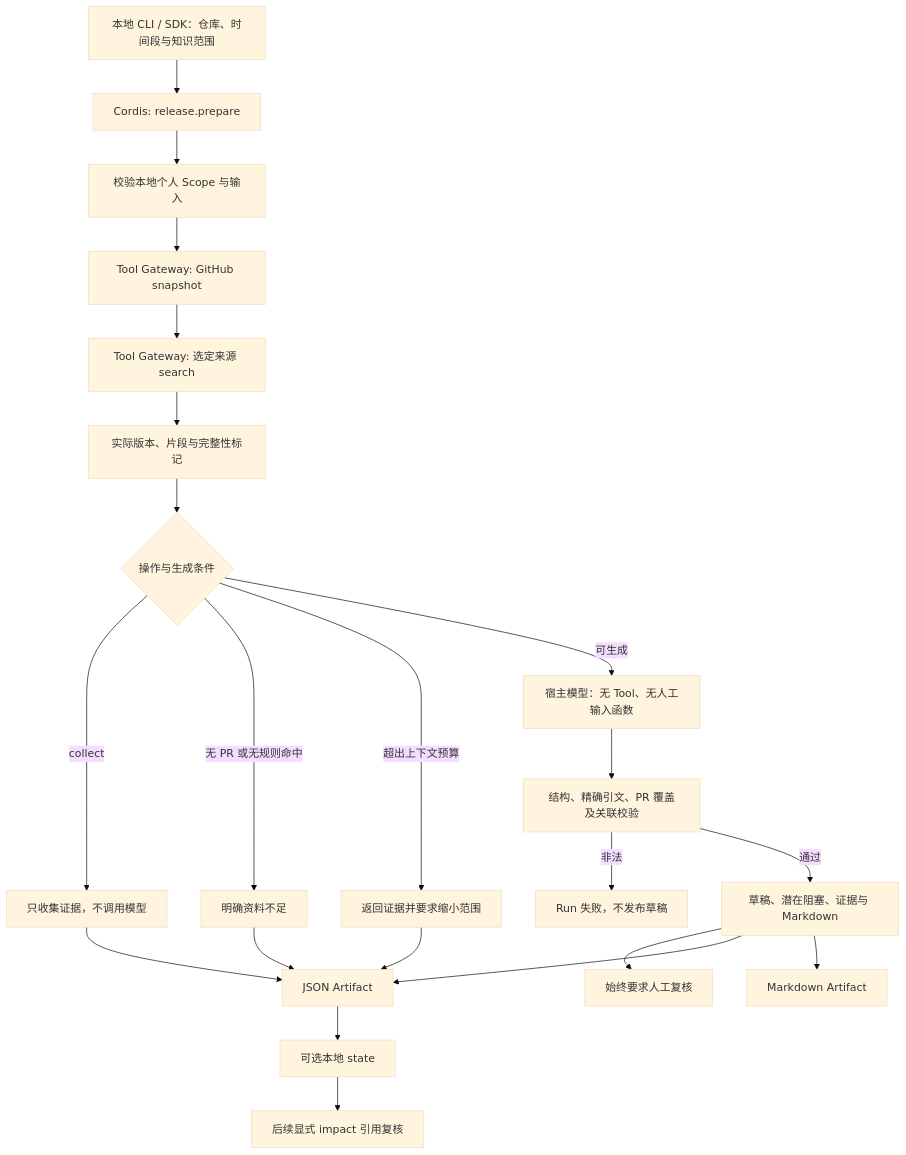
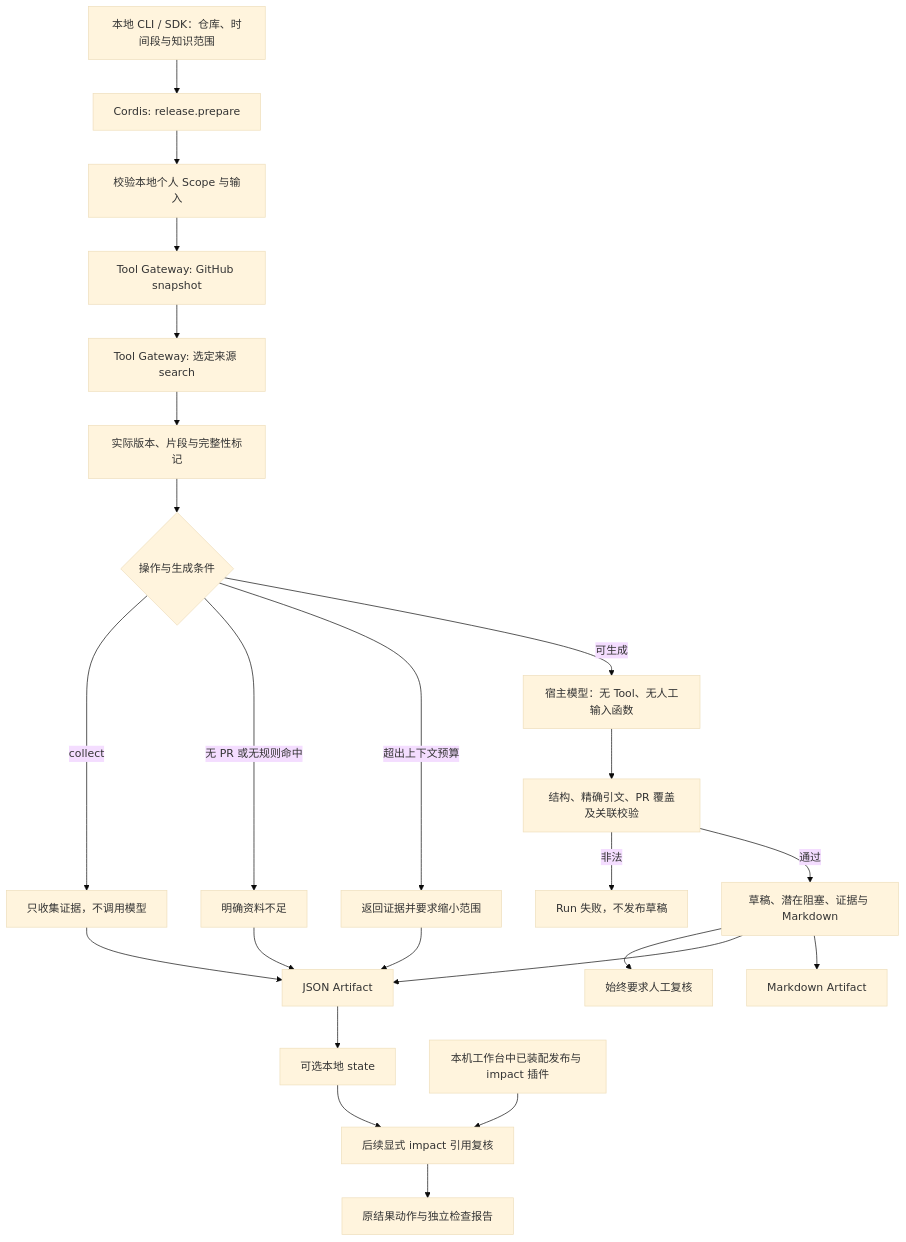
Before and after one commit to KlayPeter/AI-Delivery-Ops-Agent: the diagram in backend/src/domains/release/FEATURE.md, drawn with Mermaid (base theme). The commit also changed other lines of this file and 34 other files, not shown here.

````diff
--- a/backend/src/domains/release/FEATURE.md
+++ b/backend/src/domains/release/FEATURE.md
@@ -22,24 +22,26 @@
 ```mermaid
 flowchart TD
     U[本地 CLI / SDK：仓库、时间段与知识范围] --> P[Cordis: release.prepare]
     P --> V[校验本地个人 Scope 与输入]
     V --> G[Tool Gateway: GitHub snapshot]
     G --> K[Tool Gateway: 选定来源 search]
     K --> E[实际版本、片段与完整性标记]
     E --> C{操作与生成条件}
     C -- collect --> O[只收集证据，不调用模型]
     C -- 无 PR 或无规则命中 --> I[明确资料不足]
     C -- 超出上下文预算 --> R[返回证据并要求缩小范围]
     C -- 可生成 --> M[宿主模型：无 Tool、无人工输入函数]
     M --> A[结构、精确引文、PR 覆盖及关联校验]
     A -- 非法 --> F[Run 失败，不发布草稿]
     A -- 通过 --> D[草稿、潜在阻塞、证据与 Markdown]
     D --> H[始终要求人工复核]
     O --> J[JSON Artifact]
     I --> J
     R --> J
     D --> J
     D --> MD[Markdown Artifact]
     J --> ST[可选本地 state]
     ST --> IC[后续显式 impact 引用复核]
+    UI[本机工作台中已装配发布与 impact 插件] --> IC
+    IC --> VIEW[原结果动作与独立检查报告]
 ```
````
